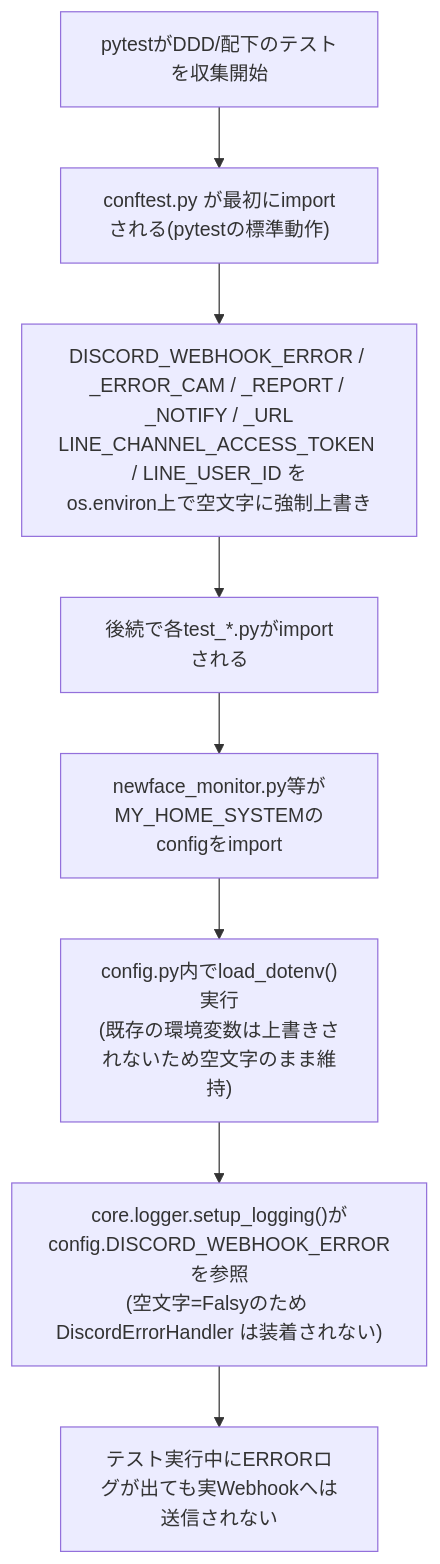
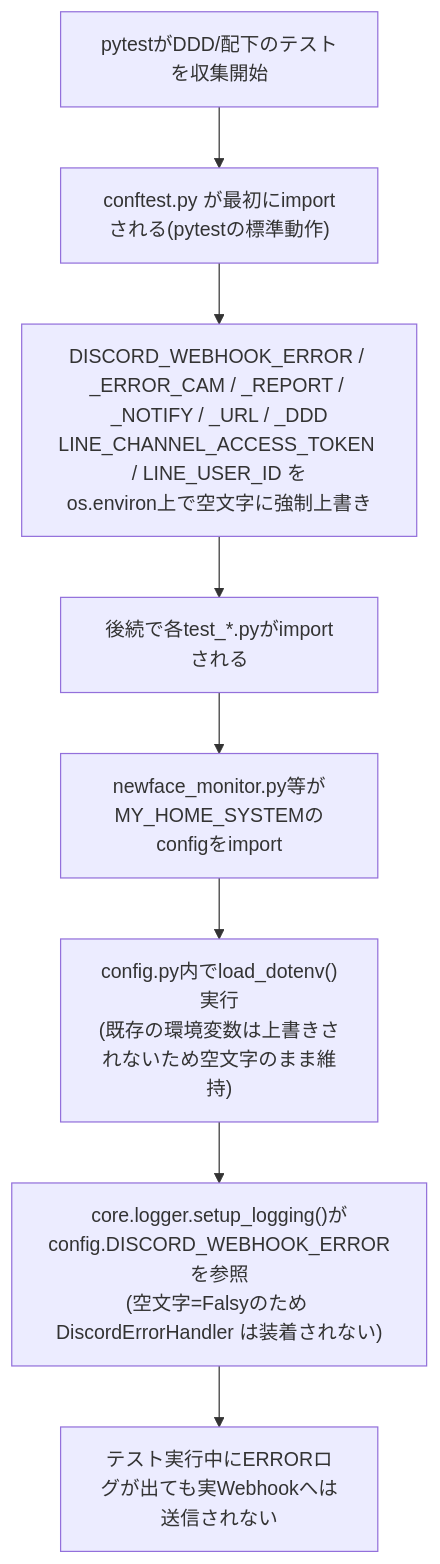
One commit to mmtigers/my_python_project changed the first of 2 diagrams in docs/specifications/DDD/conftest.md. Above: the diagram before and after it, drawn with Mermaid. The commit also changed other lines of this file and 39 other files, not shown here.

````diff
--- a/docs/specifications/DDD/conftest.md
+++ b/docs/specifications/DDD/conftest.md
@@ -59,10 +59,10 @@
 ```mermaid
 flowchart TD
     Start["pytestがDDD/配下のテストを収集開始"] --> LoadConftest["conftest.py が最初にimportされる(pytestの標準動作)"]
-    LoadConftest --> Mask["DISCORD_WEBHOOK_ERROR / _ERROR_CAM / _REPORT / _NOTIFY / _URL\nLINE_CHANNEL_ACCESS_TOKEN / LINE_USER_ID を\nos.environ上で空文字に強制上書き"]
+    LoadConftest --> Mask["DISCORD_WEBHOOK_ERROR / _ERROR_CAM / _REPORT / _NOTIFY / _URL / _DDD\nLINE_CHANNEL_ACCESS_TOKEN / LINE_USER_ID を\nos.environ上で空文字に強制上書き"]
     Mask --> CollectTests["後続で各test_*.pyがimportされる"]
     CollectTests --> ImportNewfaceMonitor["newface_monitor.py等がMY_HOME_SYSTEMのconfigをimport"]
     ImportNewfaceMonitor --> LoadDotenv["config.py内でload_dotenv()実行\n(既存の環境変数は上書きされないため空文字のまま維持)"]
     LoadDotenv --> SetupLogging["core.logger.setup_logging()がconfig.DISCORD_WEBHOOK_ERRORを参照\n(空文字=Falsyのため DiscordErrorHandler は装着されない)"]
     SetupLogging --> Safe["テスト実行中にERRORログが出ても実Webhookへは送信されない"]
 ```
````
